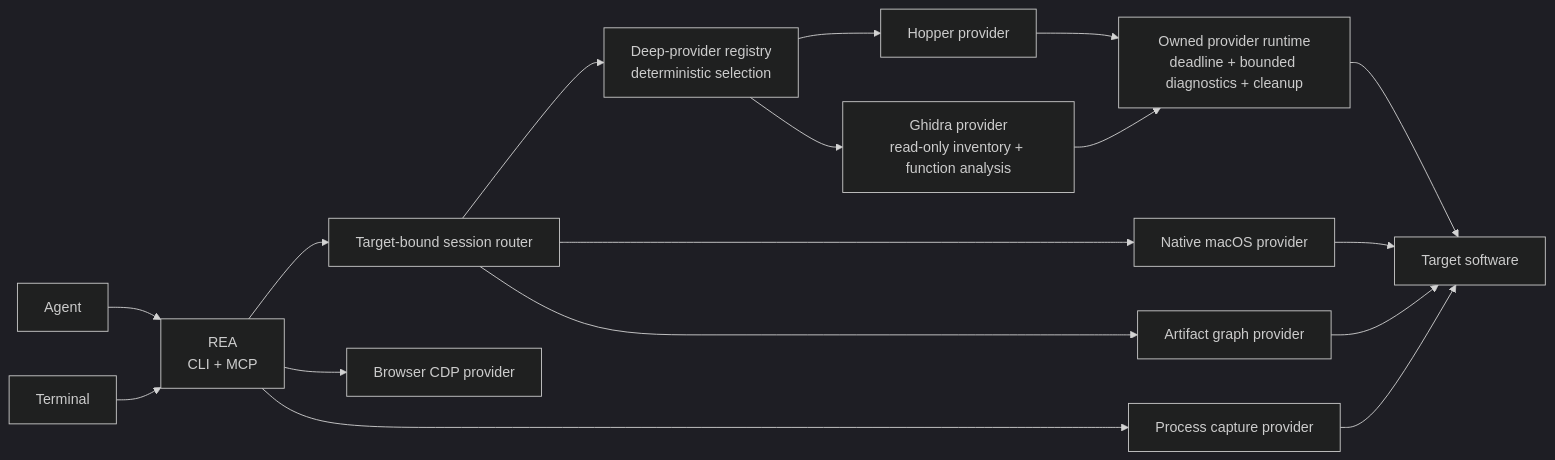
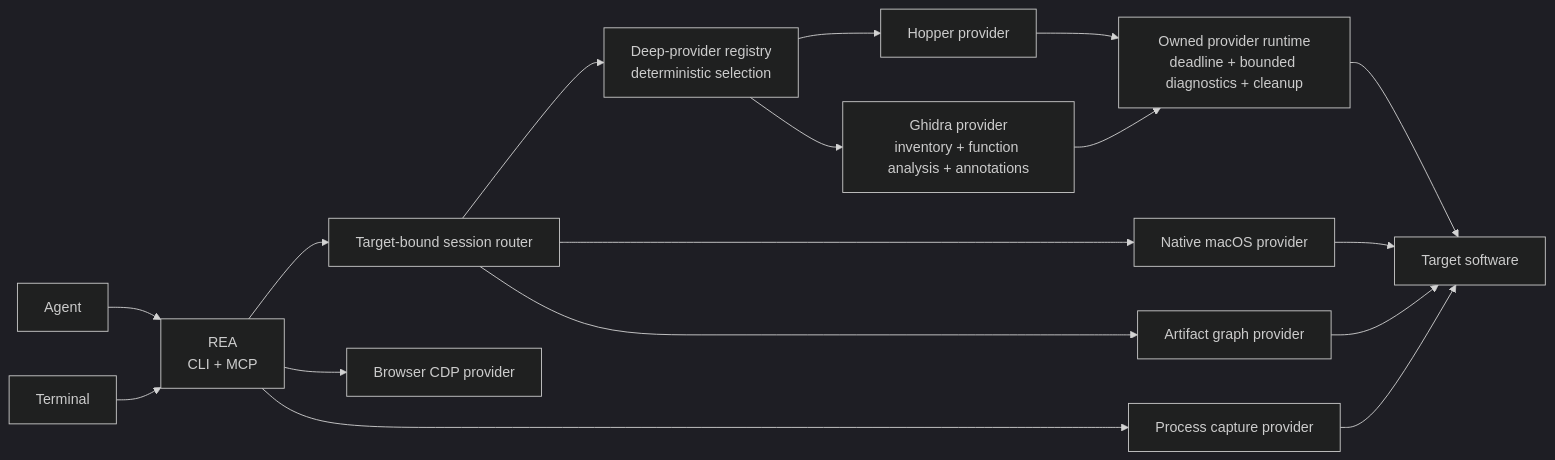
Before and after one commit to bryankwandou/rea: the diagram in README.md, drawn with Mermaid (dark theme). The commit also changed other lines of this file and 48 other files, not shown here.

First line of the commit message:
feat(ghidra): add atomic function annotation edits (#709)

````diff
--- a/README.md
+++ b/README.md
@@ -449,19 +449,19 @@
 ```mermaid
 flowchart LR
     Agent["Agent"] --> REA["REA<br/>CLI + MCP"]
     Terminal --> REA
     REA --> Session["Target-bound session router"]
     Session --> Registry["Deep-provider registry<br/>deterministic selection"]
     Registry --> Hopper["Hopper provider"]
-    Registry --> Ghidra["Ghidra provider<br/>read-only inventory + function analysis"]
+    Registry --> Ghidra["Ghidra provider<br/>inventory + function analysis + annotations"]
     Hopper --> Runtime["Owned provider runtime<br/>deadline + bounded diagnostics + cleanup"]
     Ghidra --> Runtime
     Session --> Native["Native macOS provider"]
     Session --> Artifact["Artifact graph provider"]
     REA --> Browser["Browser CDP provider"]
     REA --> Process["Process capture provider"]
     Runtime --> Target["Target software"]
     Process --> Target
     Native --> Target
     Artifact --> Target
 ```
````
